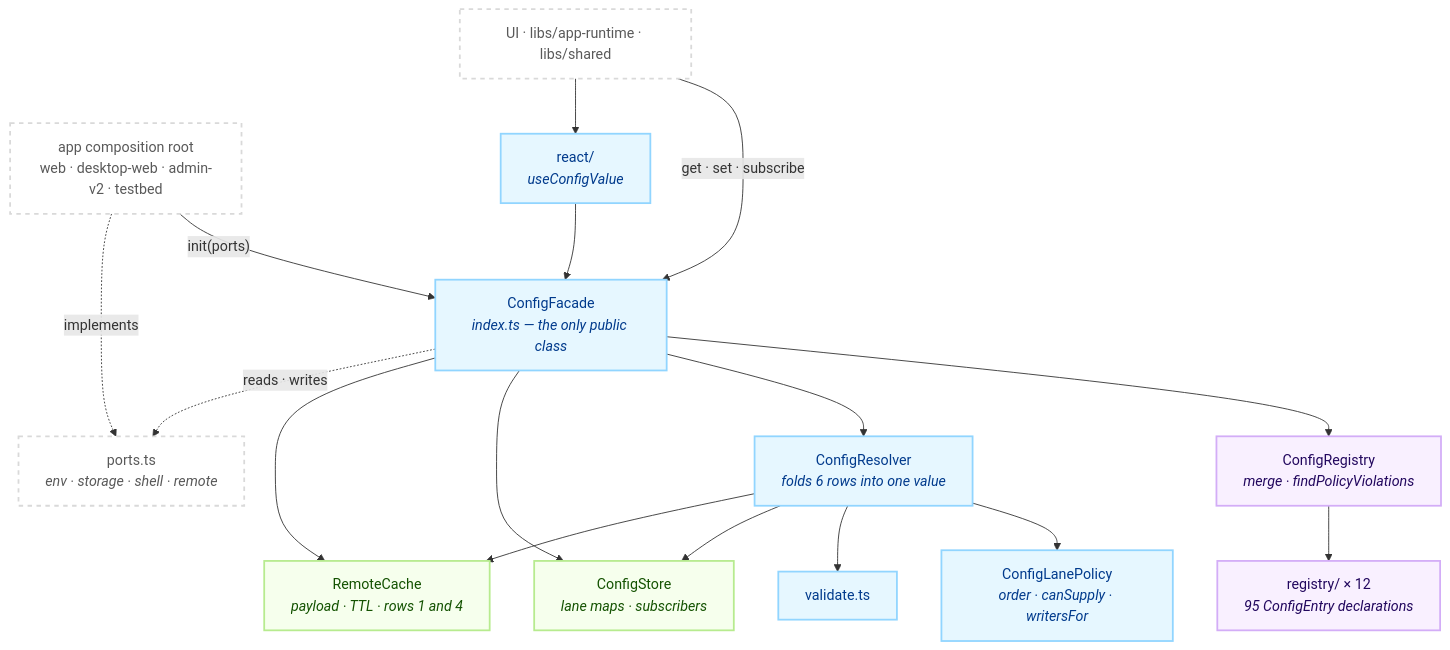
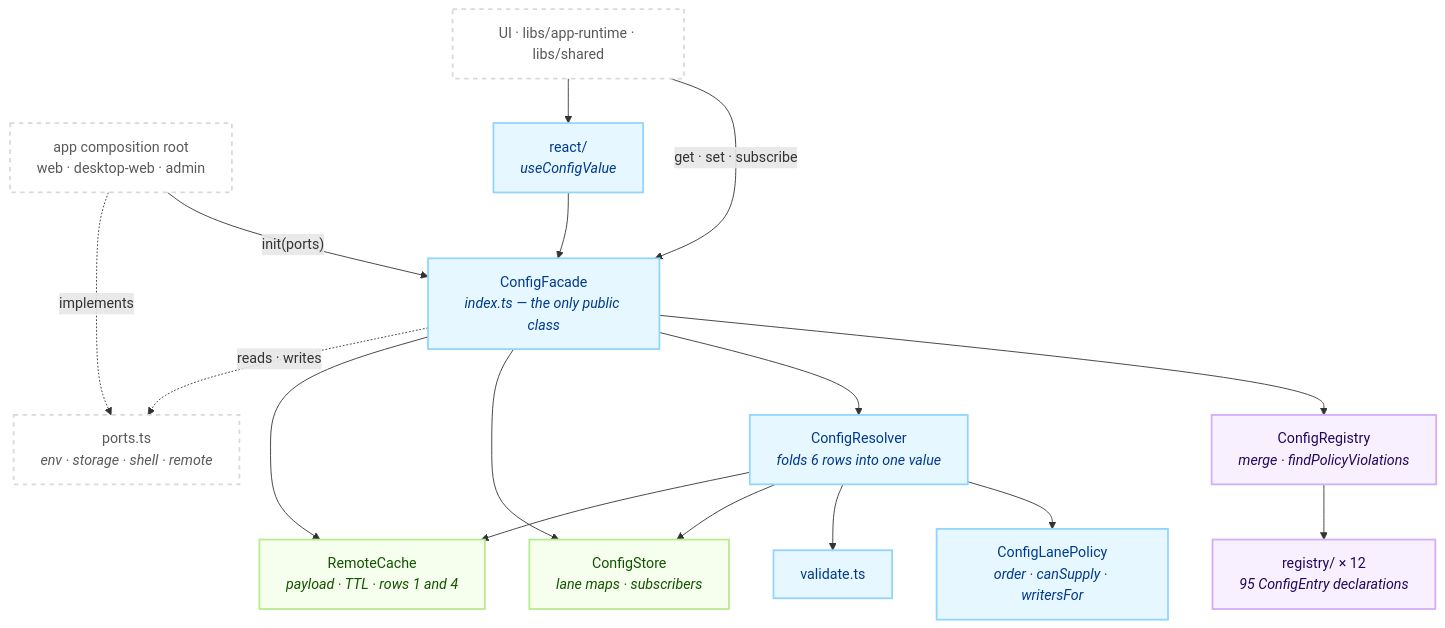
Before and after one commit to lemoncloud-io/dou-app: the first of 2 diagrams in libs/config/README.md, drawn with Mermaid. The commit also changed other lines of this file and 484 other files, not shown here.

First line of the commit message:
refactor(admin,testbed): retire apps/testbed and rename apps/admin-v2 to apps/admin

````diff
--- a/libs/config/README.md
+++ b/libs/config/README.md
@@ -60,40 +60,40 @@
 ```mermaid
 flowchart TD
     classDef decl fill:#f9f0ff,stroke:#d3adf7,stroke-width:2px,color:#22075e;
     classDef resl fill:#e6f7ff,stroke:#91d5ff,stroke-width:2px,color:#003a8c;
     classDef hold fill:#f6ffed,stroke:#b7eb8f,stroke-width:2px,color:#135200;
     classDef ext fill:#ffffff,stroke:#d9d9d9,stroke-width:2px,color:#595959,stroke-dasharray: 5 5;
 
-    App["app composition root<br/>web · desktop-web · admin-v2 · testbed"]:::ext
+    App["app composition root<br/>web · desktop-web · admin"]:::ext
     UI["UI · libs/app-runtime · libs/shared"]:::ext
 
     Facade["ConfigFacade<br/><i>index.ts — the only public class</i>"]:::resl
     React["react/<br/><i>useConfigValue</i>"]:::resl
 
     Registry["ConfigRegistry<br/><i>merge · findPolicyViolations</i>"]:::decl
     Modules["registry/ × 12<br/><i>95 ConfigEntry declarations</i>"]:::decl
 
     Resolver["ConfigResolver<br/><i>folds 6 rows into one value</i>"]:::resl
     Policy["ConfigLanePolicy<br/><i>order · canSupply · writersFor</i>"]:::resl
     Validate["validate.ts"]:::resl
 
     Store["ConfigStore<br/><i>lane maps · subscribers</i>"]:::hold
     Remote["RemoteCache<br/><i>payload · TTL · rows 1 and 4</i>"]:::hold
 
     Ports["ports.ts<br/><i>env · storage · shell · remote</i>"]:::ext
 
     App -->|"init(ports)"| Facade
     UI -->|"get · set · subscribe"| Facade
     UI --> React
     React --> Facade
     Facade --> Registry --> Modules
     Facade --> Resolver
     Facade --> Store
     Facade --> Remote
     Resolver --> Policy
     Resolver --> Validate
     Resolver --> Store
     Resolver --> Remote
     Facade -.->|"reads · writes"| Ports
     App -.->|"implements"| Ports
 ```
````
